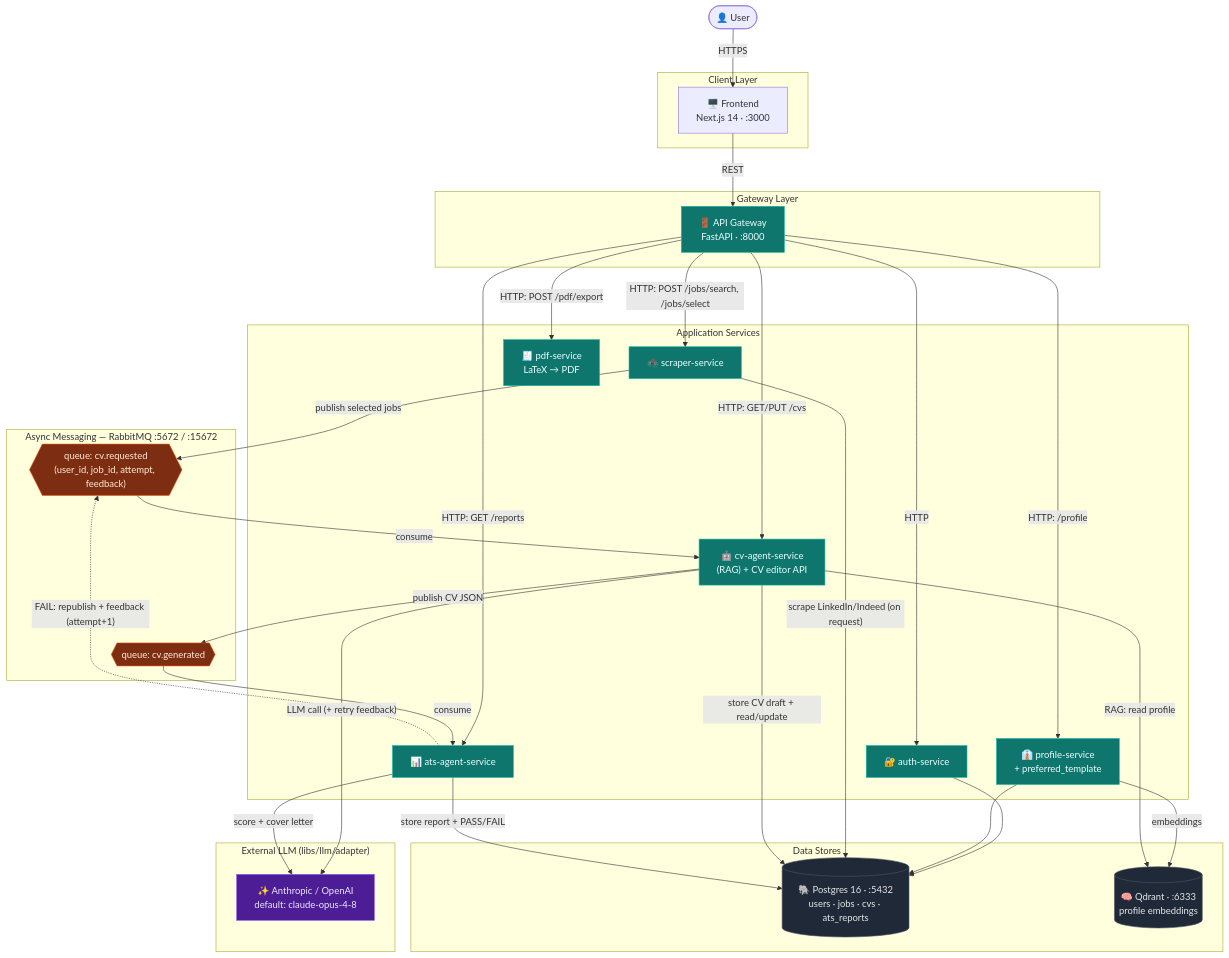
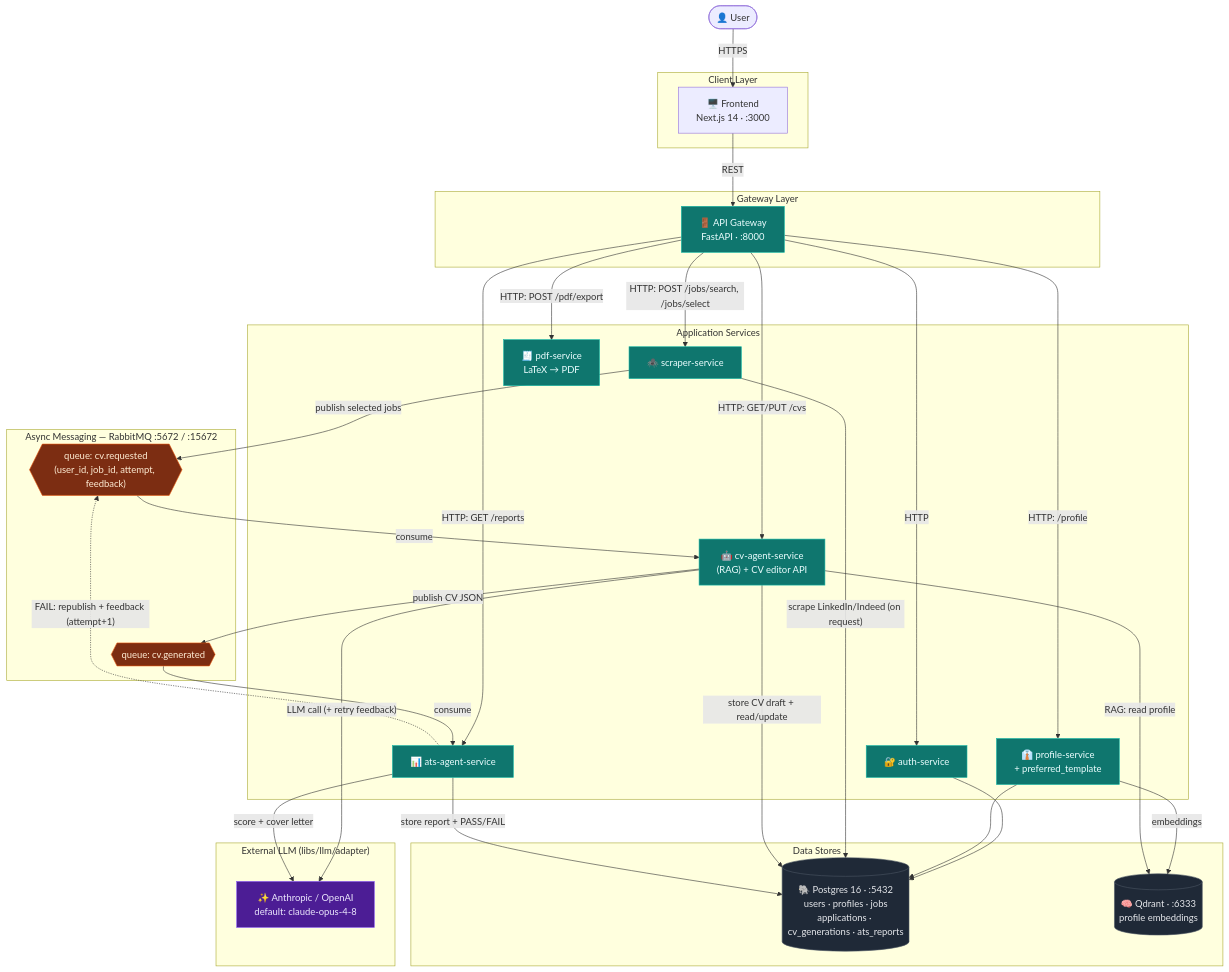
One commit to Tooltu-deve/Autonomous-Career-Agent changed the first of 2 diagrams in docs/ARCHITECTURE.md. Above: the diagram before and after it, drawn with Mermaid. The commit also changed other lines of this file and 3 other files, not shown here.

First line of the commit message:
feat(db): reconcile schema with CV editor/PDF spec

````diff
--- a/docs/ARCHITECTURE.md
+++ b/docs/ARCHITECTURE.md
@@ -12,73 +12,73 @@
 ```mermaid
 flowchart TB
     User([👤 User])
 
     subgraph client["Client Layer"]
         FE["🖥️ Frontend<br/>Next.js 14 · :3000"]
     end
 
     subgraph gateway["Gateway Layer"]
         GW["🚪 API Gateway<br/>FastAPI · :8000"]
     end
 
     subgraph services["Application Services"]
         AUTH["🔐 auth-service"]
         PROF["👔 profile-service<br/>+ preferred_template"]
         SCRAPER["🕷️ scraper-service"]
         CV["🤖 cv-agent-service<br/>(RAG) + CV editor API"]
         ATS["📊 ats-agent-service"]
         PDF["🧾 pdf-service<br/>LaTeX → PDF"]
     end
 
     subgraph messaging["Async Messaging — RabbitMQ :5672 / :15672"]
         Q1{{"queue: cv.requested<br/>(user_id, job_id, attempt, feedback)"}}
         Q2{{"queue: cv.generated"}}
     end
 
     subgraph data["Data Stores"]
-        PG[("🐘 Postgres 16 · :5432<br/>users · jobs · cvs · ats_reports")]
+        PG[("🐘 Postgres 16 · :5432<br/>users · profiles · jobs<br/>applications · cv_generations · ats_reports")]
         QD[("🧠 Qdrant · :6333<br/>profile embeddings")]
     end
 
     subgraph external["External LLM (libs/llm/adapter)"]
         LLM["✨ Anthropic / OpenAI<br/>default: claude-opus-4-8"]
     end
 
     %% Sync HTTP flows
     User -->|HTTPS| FE
     FE -->|REST| GW
     GW -->|HTTP| AUTH
     GW -->|"HTTP: /profile"| PROF
     GW -->|"HTTP: POST /jobs/search, /jobs/select"| SCRAPER
     GW -->|"HTTP: GET/PUT /cvs"| CV
     GW -->|"HTTP: GET /reports"| ATS
     GW -->|"HTTP: POST /pdf/export"| PDF
 
     %% Data access
     AUTH --> PG
     PROF --> PG
     PROF -->|embeddings| QD
 
     %% Async pipeline (CV generation + scoring loop)
     SCRAPER -->|"scrape LinkedIn/Indeed (on request)"| PG
     SCRAPER -->|"publish selected jobs"| Q1
     Q1 -->|consume| CV
     CV -->|RAG: read profile| QD
     CV -->|"LLM call (+ retry feedback)"| LLM
     CV -->|"store CV draft + read/update"| PG
     CV -->|publish CV JSON| Q2
     Q2 -->|consume| ATS
     ATS -->|score + cover letter| LLM
     ATS -->|"store report + PASS/FAIL"| PG
     ATS -.->|"FAIL: republish + feedback (attempt+1)"| Q1
 
     classDef infra fill:#1f2937,stroke:#4b5563,color:#e5e7eb
     classDef svc fill:#0f766e,stroke:#14b8a6,color:#ecfeff
     classDef queue fill:#7c2d12,stroke:#ea580c,color:#ffedd5
     classDef ext fill:#4c1d95,stroke:#8b5cf6,color:#ede9fe
 
     class PG,QD infra
     class AUTH,PROF,SCRAPER,CV,ATS,PDF,GW svc
     class Q1,Q2 queue
     class LLM ext
 ```
````
